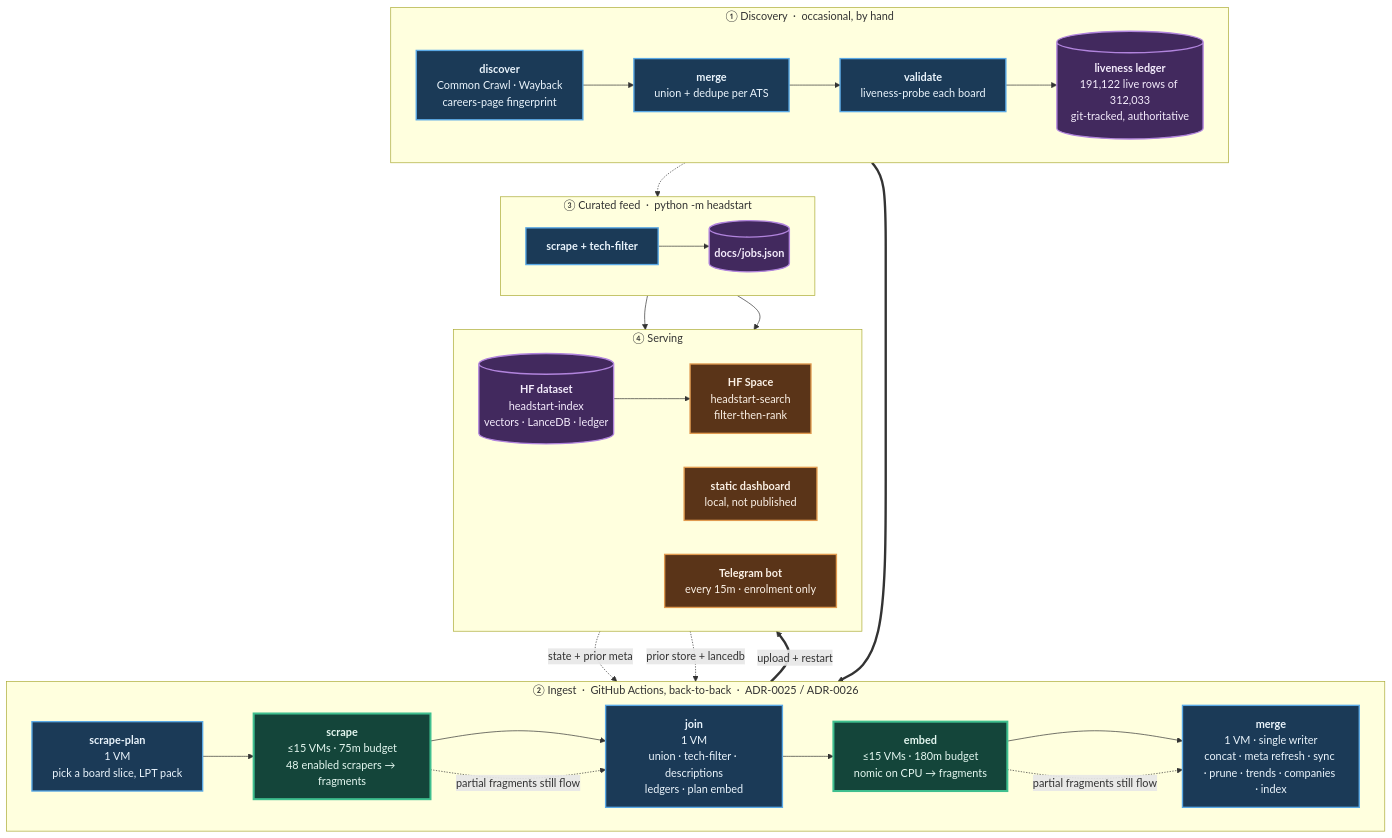
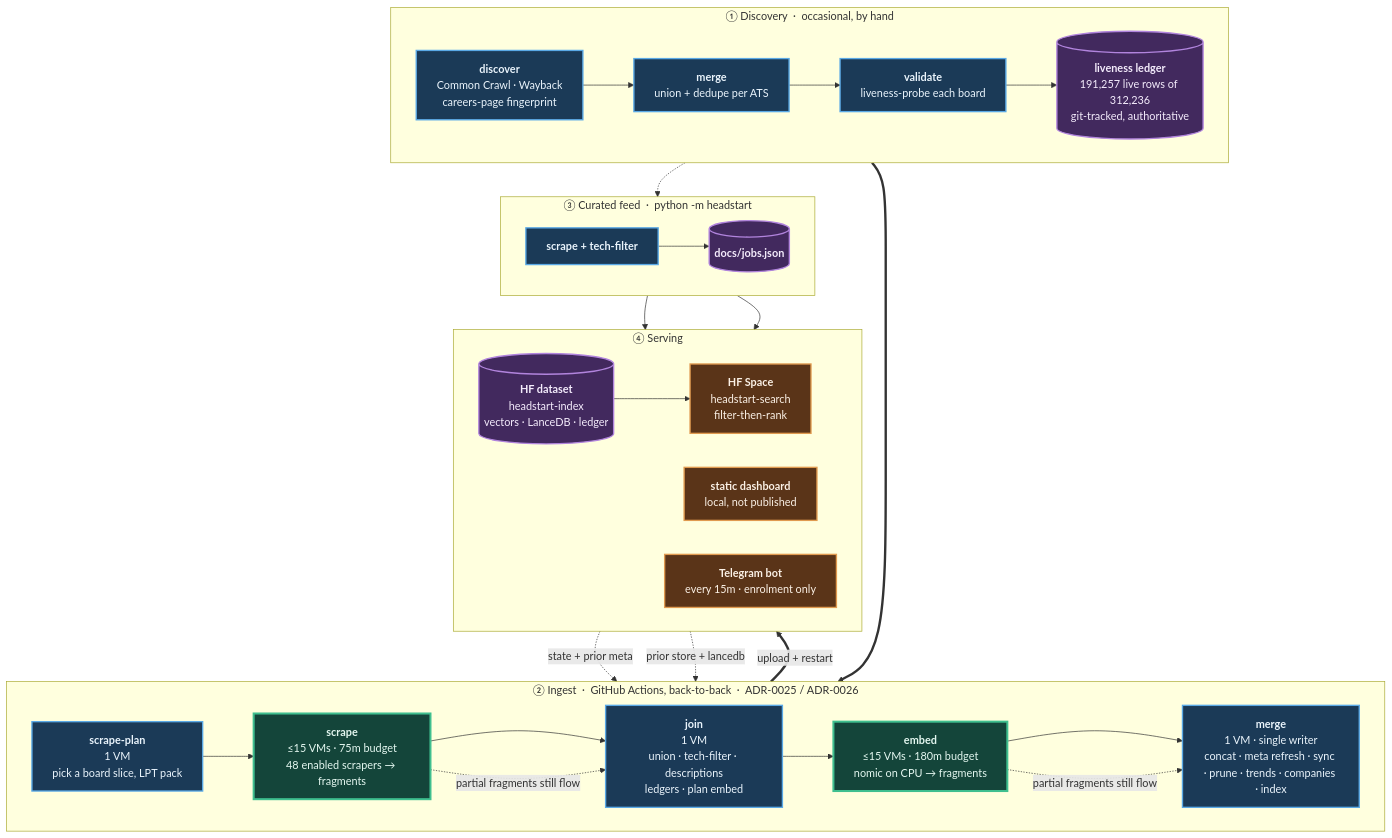
One commit to sarthakjain004/headstart changed the diagram in README.md. Above: the diagram before and after it, drawn with Mermaid. The commit also changed other lines of this file and 7 other files, not shown here.

````diff
--- a/README.md
+++ b/README.md
@@ -183,56 +183,56 @@
 ```mermaid
 flowchart TB
     subgraph D["① Discovery &nbsp;·&nbsp; occasional, by hand"]
         direction LR
         D1["<b>discover</b><br/>Common Crawl · Wayback<br/>careers-page fingerprint"]
         D2["<b>merge</b><br/>union + dedupe per ATS"]
         D3["<b>validate</b><br/>liveness-probe each board"]
-        D4[("<b>liveness ledger</b><br/>191,122 live rows of 312,033<br/>git-tracked, authoritative")]
+        D4[("<b>liveness ledger</b><br/>191,257 live rows of 312,236<br/>git-tracked, authoritative")]
         D1 --> D2 --> D3 --> D4
     end
 
     subgraph P["② Ingest &nbsp;·&nbsp; GitHub Actions, back-to-back &nbsp;·&nbsp; ADR-0025 / ADR-0026"]
         direction LR
         P1["<b>scrape-plan</b><br/>1 VM<br/>pick a board slice, LPT pack"]
         P2["<b>scrape</b><br/>≤15 VMs · 75m budget<br/>48 enabled scrapers → fragments"]
         P3["<b>join</b><br/>1 VM<br/>union · tech-filter · descriptions<br/>ledgers · plan embed"]
         P4["<b>embed</b><br/>≤15 VMs · 180m budget<br/>nomic on CPU → fragments"]
         P5["<b>merge</b><br/>1 VM · single writer<br/>concat · meta refresh · sync · prune · trends · companies · index"]
         P1 --> P2 --> P3 --> P4 --> P5
     end
 
     subgraph F["③ Curated feed &nbsp;·&nbsp; python -m headstart"]
         direction LR
         F1["<b>scrape + tech-filter</b>"]
         F2[("<b>docs/jobs.json</b>")]
         F1 --> F2
     end
 
     subgraph S["④ Serving"]
         direction LR
         S1[("<b>HF dataset</b><br/>headstart-index<br/>vectors · LanceDB · ledger")]
         S2["<b>HF Space</b><br/>headstart-search<br/>filter-then-rank"]
         S3["<b>static dashboard</b><br/>local, not published"]
         S4["<b>Telegram bot</b><br/>every 15m · enrolment only"]
         S1 --> S2
     end
 
     D4 ==> P1
     S1 -. "state + prior meta" .-> P1
     S1 -. "prior store + lancedb" .-> P5
     D4 -.-> F1
     P5 ==>|"upload + restart"| S1
     F2 --> S3
     F2 --> S4
     P2 -. "partial fragments still flow" .-> P3
     P4 -. "partial fragments still flow" .-> P5
 
     classDef serial fill:#1b3a57,stroke:#5aa9e6,stroke-width:2px,color:#eaf4fc
     classDef fan fill:#14453a,stroke:#3fbf8f,stroke-width:3px,color:#e4f7f0
     classDef store fill:#42295e,stroke:#b184dd,stroke-width:2px,color:#f4ecfc
     classDef serve fill:#5a3418,stroke:#e09a4f,stroke-width:2px,color:#fbf1e6
     class D1,D2,D3,P1,P3,P5,F1 serial
     class P2,P4 fan
     class D4,F2,S1 store
     class S2,S3,S4 serve
 ```
````
